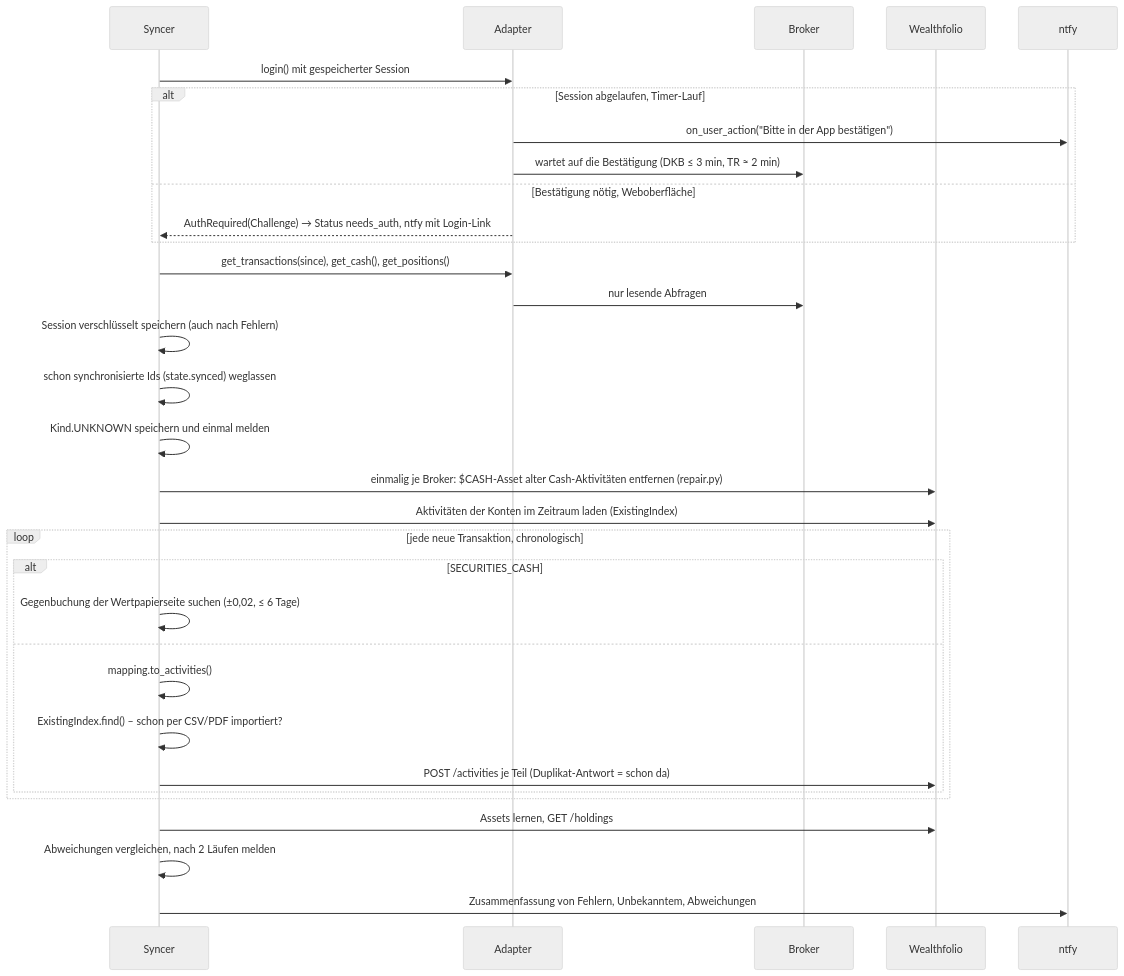
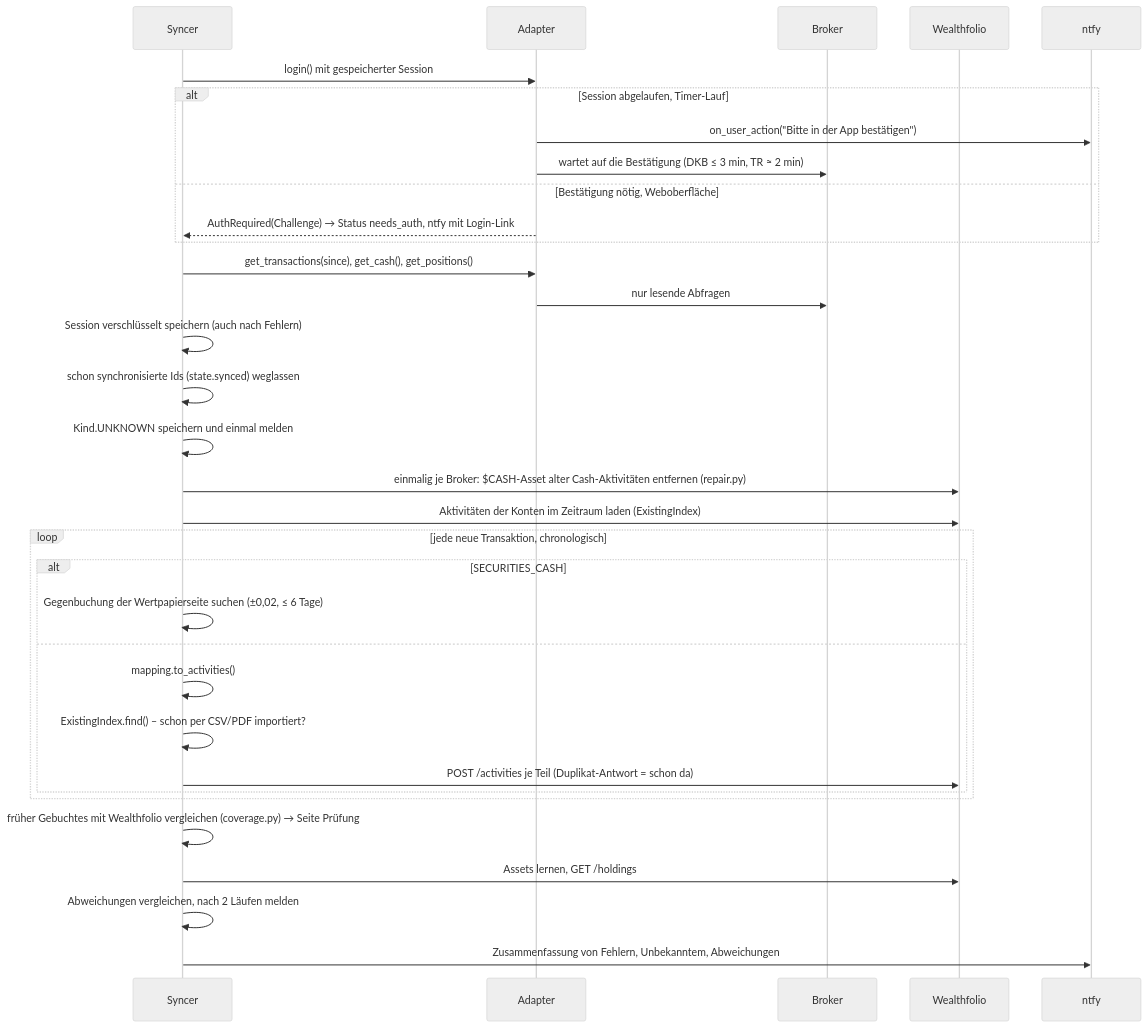
The third of 3 diagrams in ARCHITECTURE.md (waldonso2/Wealthfolio-broker-sync-service), drawn with Mermaid (neutral theme) before and after one commit. The commit also changed other lines of this file and 15 other files, not shown here.

````diff
--- a/ARCHITECTURE.md
+++ b/ARCHITECTURE.md
@@ -75,34 +75,35 @@
 ```mermaid
 sequenceDiagram
   participant S as Syncer
   participant A as Adapter
   participant B as Broker
   participant W as Wealthfolio
   participant N as ntfy
   S->>A: login() mit gespeicherter Session
   alt Session abgelaufen, Timer-Lauf
     A->>N: on_user_action("Bitte in der App bestätigen")
     A->>B: wartet auf die Bestätigung (DKB ≤ 3 min, TR ≈ 2 min)
   else Bestätigung nötig, Weboberfläche
     A-->>S: AuthRequired(Challenge) → Status needs_auth, ntfy mit Login-Link
   end
   S->>A: get_transactions(since), get_cash(), get_positions()
   A->>B: nur lesende Abfragen
   S->>S: Session verschlüsselt speichern (auch nach Fehlern)
   S->>S: schon synchronisierte Ids (state.synced) weglassen
   S->>S: Kind.UNKNOWN speichern und einmal melden
   S->>W: einmalig je Broker: $CASH-Asset alter Cash-Aktivitäten entfernen (repair.py)
   S->>W: Aktivitäten der Konten im Zeitraum laden (ExistingIndex)
   loop jede neue Transaktion, chronologisch
     alt SECURITIES_CASH
       S->>S: Gegenbuchung der Wertpapierseite suchen (±0,02, ≤ 6 Tage)
     else
       S->>S: mapping.to_activities()
       S->>S: ExistingIndex.find() – schon per CSV/PDF importiert?
       S->>W: POST /activities je Teil (Duplikat-Antwort = schon da)
     end
   end
+  S->>S: früher Gebuchtes mit Wealthfolio vergleichen (coverage.py) → Seite Prüfung
   S->>W: Assets lernen, GET /holdings
   S->>S: Abweichungen vergleichen, nach 2 Läufen melden
   S->>N: Zusammenfassung von Fehlern, Unbekanntem, Abweichungen
 ```
````
